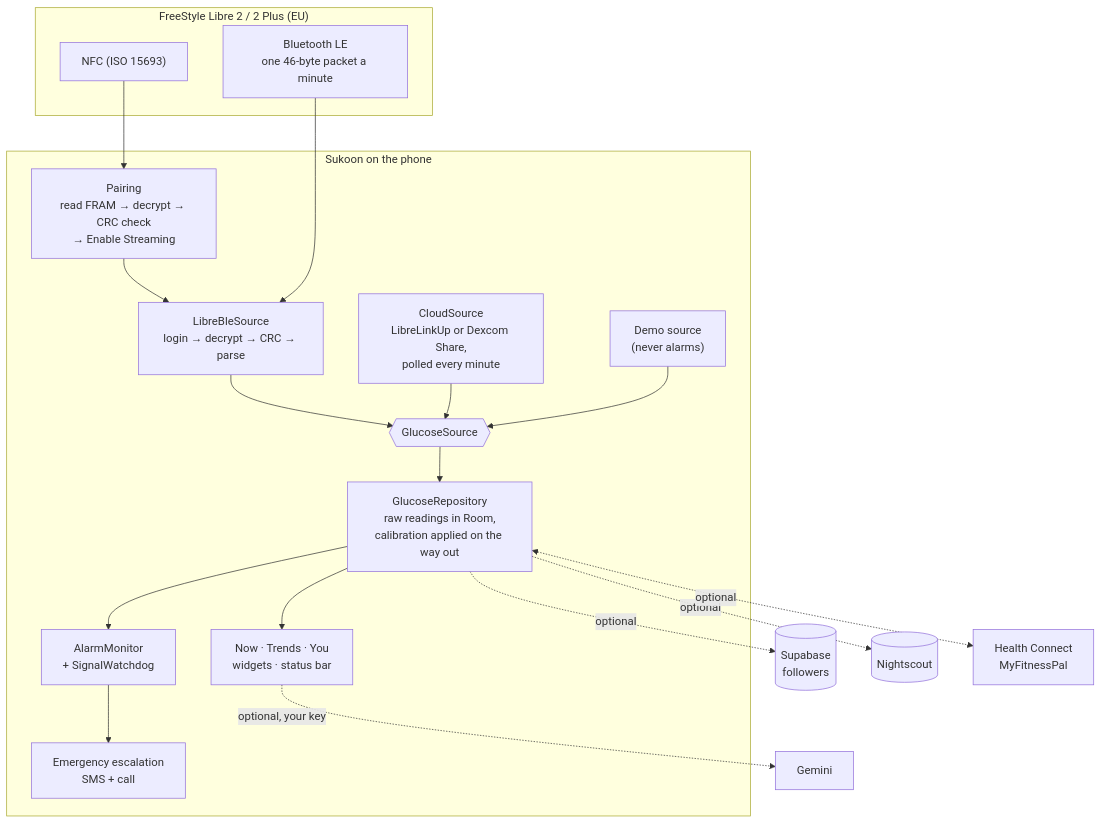
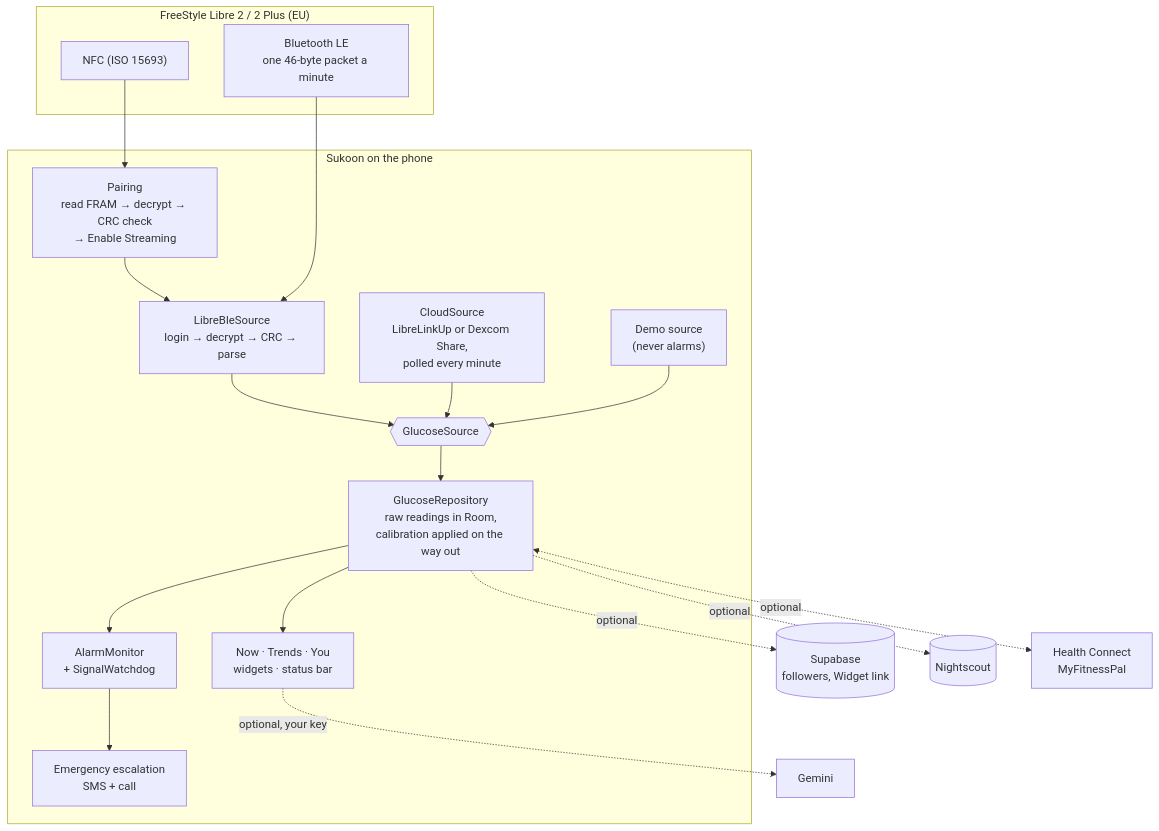
One commit to khairyKY/sukoon changed the second of 3 diagrams in README.md. Above: the diagram before and after it, drawn with Mermaid. The commit also changed other lines of this file, not shown here.

````diff
--- a/README.md
+++ b/README.md
@@ -228,33 +238,33 @@
 ```mermaid
 flowchart TD
   subgraph Sensor["FreeStyle Libre 2 / 2 Plus (EU)"]
     NFC["NFC (ISO 15693)"]
     BLE["Bluetooth LE<br/>one 46-byte packet a minute"]
   end
 
   subgraph Phone["Sukoon on the phone"]
     PAIR["Pairing<br/>read FRAM → decrypt → CRC check<br/>→ Enable Streaming"]
     SRC["LibreBleSource<br/>login → decrypt → CRC → parse"]
     CLOUD["CloudSource<br/>LibreLinkUp or Dexcom Share,<br/>polled every minute"]
     DEMO["Demo source<br/>(never alarms)"]
     GS{{"GlucoseSource"}}
     REPO["GlucoseRepository<br/>raw readings in Room,<br/>calibration applied on the way out"]
     ALARM["AlarmMonitor<br/>+ SignalWatchdog"]
     UI["Now · Trends · You<br/>widgets · status bar"]
     EMER["Emergency escalation<br/>SMS + call"]
   end
 
   NFC --> PAIR --> SRC
   BLE --> SRC
   SRC --> GS
   CLOUD --> GS
   DEMO --> GS
   GS --> REPO
   REPO --> UI
   REPO --> ALARM --> EMER
 
-  REPO -. optional .-> SB[("Supabase<br/>followers")]
+  REPO -. optional .-> SB[("Supabase<br/>followers, Widget link")]
   REPO -. optional .-> NS[("Nightscout")]
   REPO <-. optional .-> HC["Health Connect<br/>MyFitnessPal"]
   UI -. "optional, your key" .-> GEM["Gemini"]
 ```
````
